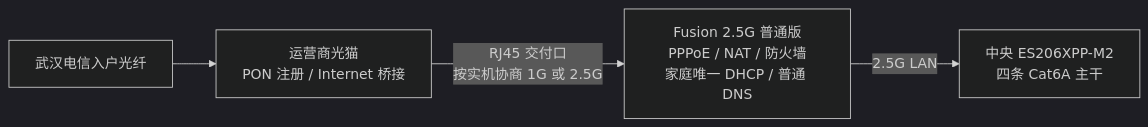
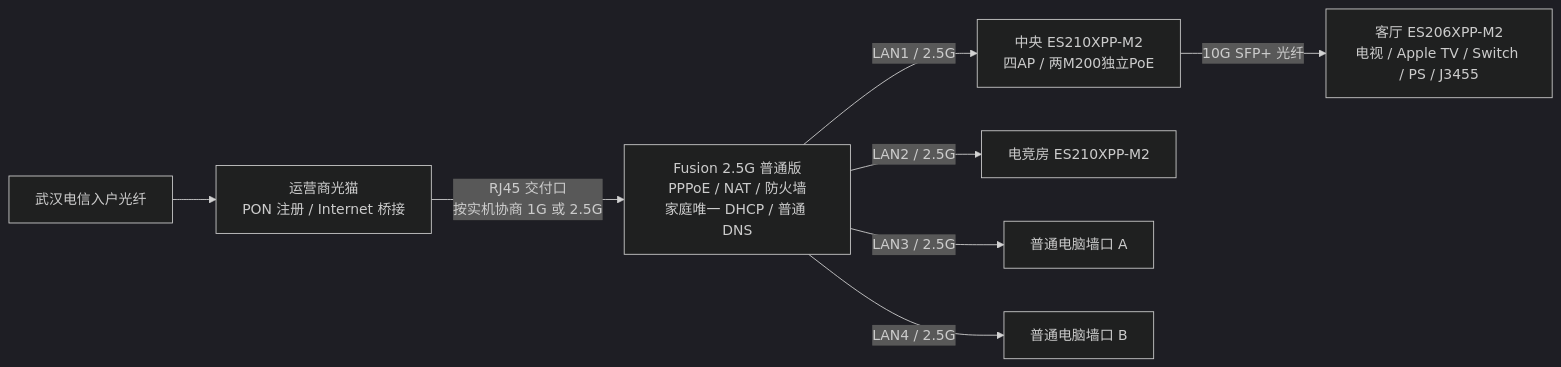
One commit to QZSAMA/AgentHomeAssistant changed the diagram in docs/wan-bridge-plan.md. Above: the diagram before and after it, drawn with Mermaid (dark theme). The commit also changed other lines of this file and 29 other files, not shown here.

````diff
--- a/docs/wan-bridge-plan.md
+++ b/docs/wan-bridge-plan.md
@@ -19,6 +19,10 @@
 ```mermaid
 flowchart LR
   F[武汉电信入户光纤] --> O[运营商光猫<br/>PON 注册 / Internet 桥接]
   O -->|RJ45 交付口<br/>按实机协商 1G 或 2.5G| R[Fusion 2.5G 普通版<br/>PPPoE / NAT / 防火墙<br/>家庭唯一 DHCP / 普通 DNS]
-  R -->|2.5G LAN| S[中央 ES206XPP-M2<br/>四条 Cat6A 主干]
+  R -->|LAN1 / 2.5G| S[中央 ES210XPP-M2<br/>四AP / 两M200独立PoE]
+  R -->|LAN2 / 2.5G| E[电竞房 ES210XPP-M2]
+  R -->|LAN3 / 2.5G| A[普通电脑墙口 A]
+  R -->|LAN4 / 2.5G| B[普通电脑墙口 B]
+  S -->|10G SFP+ 光纤| L[客厅 ES206XPP-M2<br/>电视 / Apple TV / Switch / PS / J3455]
 ```
````
